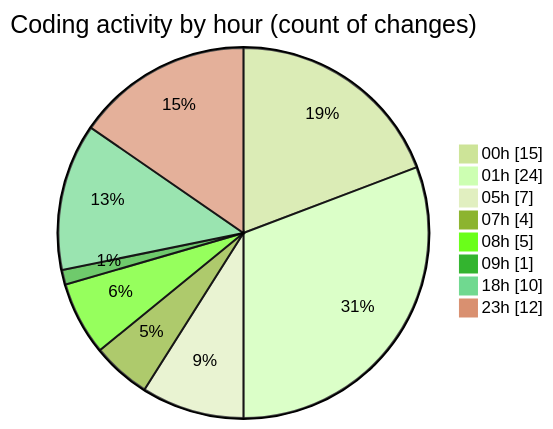
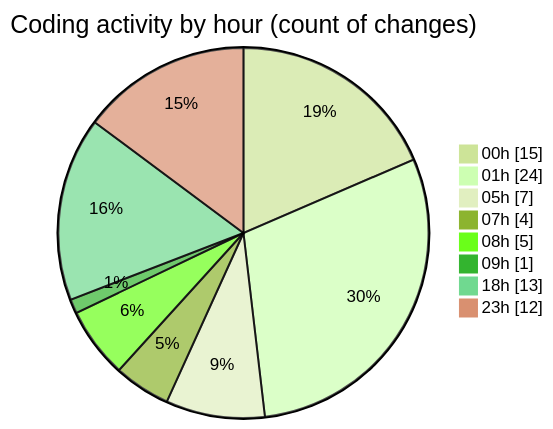
One commit to julien-gomy/code-tracking changed the second of 2 diagrams in 2025-10-31/eventscop-frontend-guide__workspace_/README.md. Above: the diagram before and after it, drawn with Mermaid (forest theme). The commit also changed other lines of this file and 1 other file, not shown here.

````diff
--- a/2025-10-31/eventscop-frontend-guide__workspace_/README.md
+++ b/2025-10-31/eventscop-frontend-guide__workspace_/README.md
@@ -44,12 +46,12 @@
 ```mermaid
 pie showData
 title Coding activity by hour (count of changes)
 "00h" : 15
 "01h" : 24
 "05h" : 7
 "07h" : 4
 "08h" : 5
 "09h" : 1
-"18h" : 10
+"18h" : 13
 "23h" : 12
 ```
````
